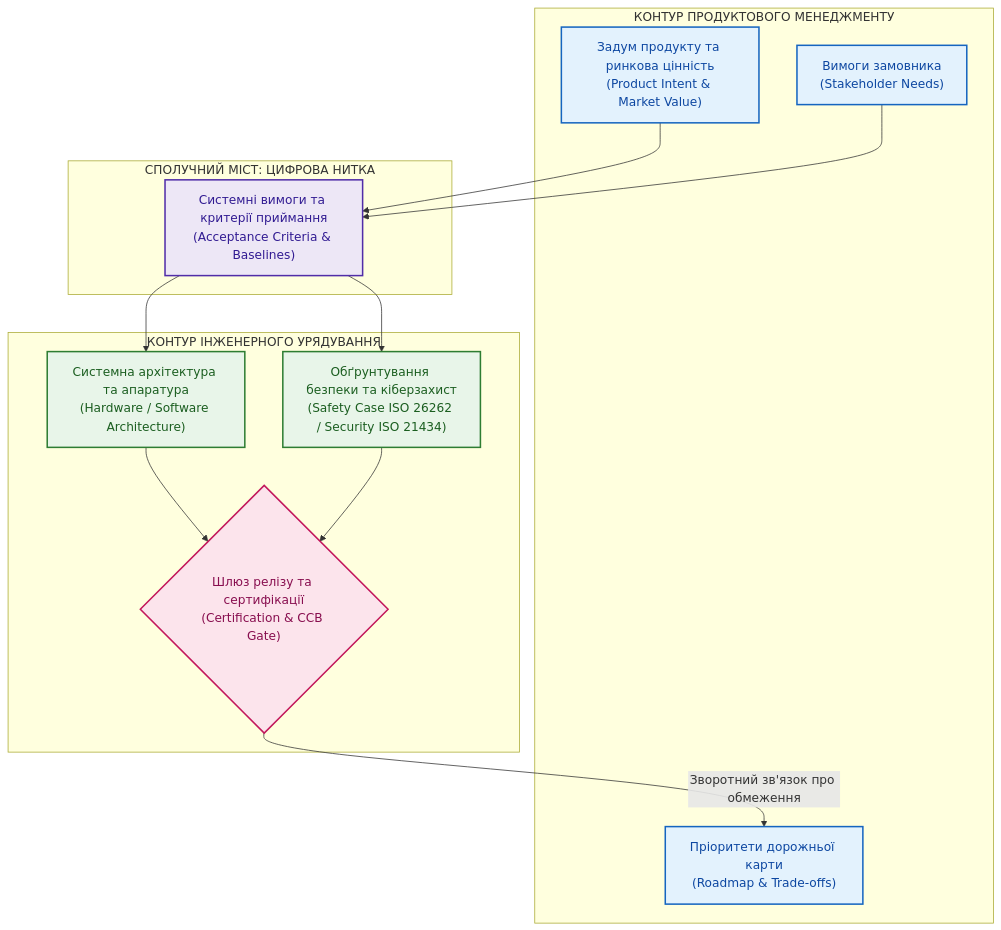
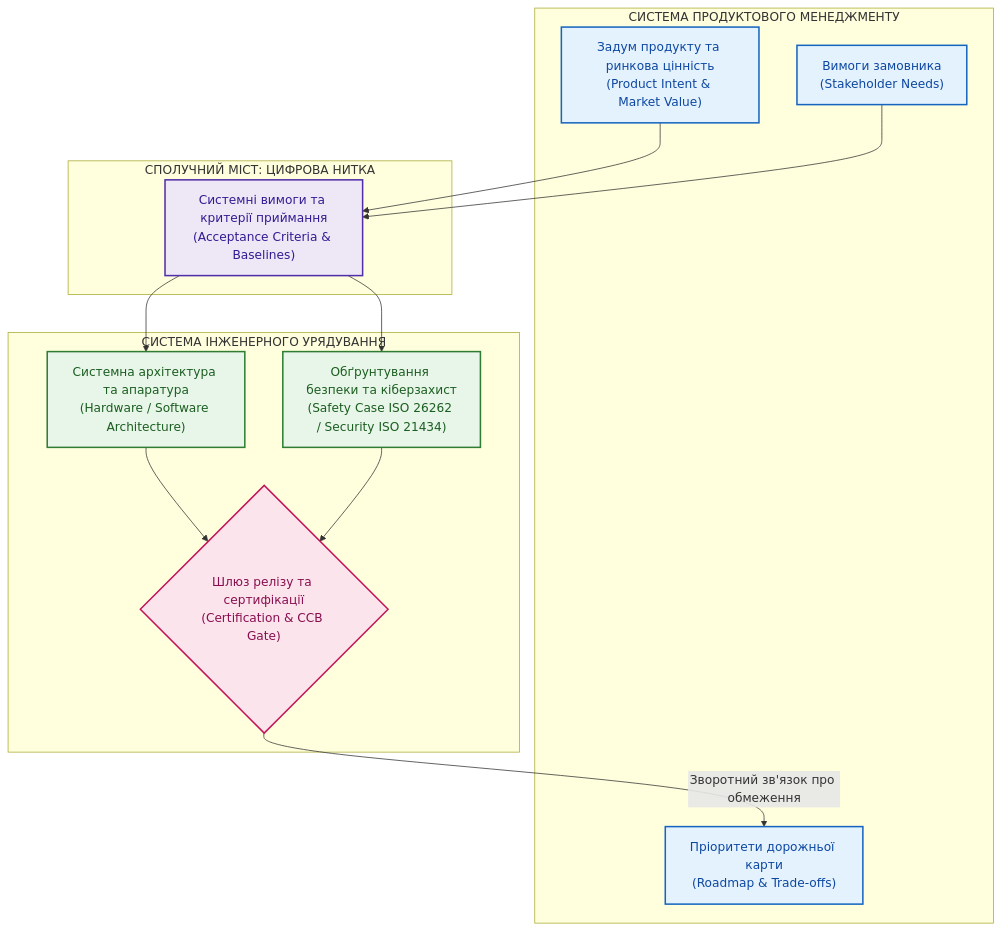
One commit to nick-fedchik/articles changed the diagram in Project_Management/DOU-Product-Manager-Regulated-Engineering-UA.md. Above: the diagram before and after it, drawn with Mermaid. The commit also changed other lines of this file and 43 other files, not shown here.

````diff
--- a/Project_Management/DOU-Product-Manager-Regulated-Engineering-UA.md
+++ b/Project_Management/DOU-Product-Manager-Regulated-Engineering-UA.md
@@ -27,39 +27,39 @@
 ```mermaid
 flowchart TD
     accTitle: Розподіл відповідальності в регульованій інженерії
     accDescr: Межа повноважень між продуктовим менеджером, системними інженерами та безпековими ролями.
 
-    subgraph ProductSide["КОНТУР ПРОДУКТОВОГО МЕНЕДЖМЕНТУ"]
+    subgraph ProductSide["СИСТЕМА ПРОДУКТОВОГО МЕНЕДЖМЕНТУ"]
         INT["Задум продукту та ринкова цінність<br/>(Product Intent & Market Value)"]
         ROAD["Пріоритети дорожньої карти<br/>(Roadmap & Trade-offs)"]
         CUST["Вимоги замовника<br/>(Stakeholder Needs)"]
     end
 
     subgraph Interface["СПОЛУЧНИЙ МІСТ: ЦИФРОВА НИТКА"]
         REQ["Системні вимоги та критерії приймання<br/>(Acceptance Criteria & Baselines)"]
     end
 
-    subgraph EngineeringSide["КОНТУР ІНЖЕНЕРНОГО УРЯДУВАННЯ"]
+    subgraph EngineeringSide["СИСТЕМА ІНЖЕНЕРНОГО УРЯДУВАННЯ"]
         ARCH["Системна архітектура та апаратура<br/>(Hardware / Software Architecture)"]
         SAFE["Обґрунтування безпеки та кіберзахист<br/>(Safety Case ISO 26262 / Security ISO 21434)"]
         GATE{"Шлюз релізу та сертифікації<br/>(Certification & CCB Gate)"}
     end
 
     INT --> REQ
     CUST --> REQ
     REQ --> ARCH
     REQ --> SAFE
     ARCH --> GATE
     SAFE --> GATE
     GATE -->|Зворотний зв'язок про обмеження| ROAD
 
     classDef prod fill:#e3f2fd,stroke:#1565c0,stroke-width:2px,color:#0d47a1;
     classDef inter fill:#ede7f6,stroke:#512da8,stroke-width:2px,color:#311b92;
     classDef eng fill:#e8f5e9,stroke:#2e7d32,stroke-width:2px,color:#1b5e20;
     classDef gate fill:#fce4ec,stroke:#c2185b,stroke-width:2px,color:#880e4f;
 
     class INT,ROAD,CUST prod;
     class REQ inter;
     class ARCH,SAFE eng;
     class GATE gate;
 ```
````
